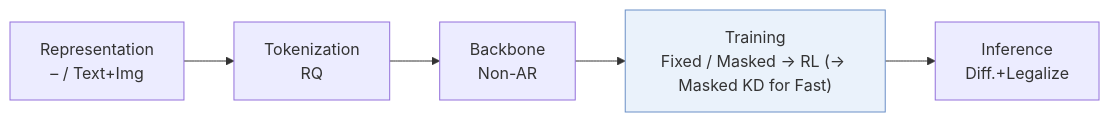
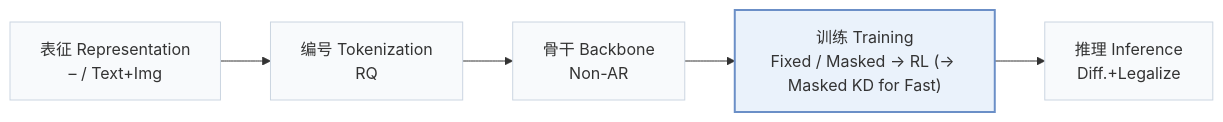
Before and after one commit to Galaxy-ghost/Awesome-SID-Generative-Rec: the first of 2 diagrams in pages/zh/papers/dpe-rec.md, drawn with Mermaid. The commit also changed other lines of this file and 649 other files, not shown here.

Commit message:
writer-05: also tags and modality index (schema, check, build, visuals); summary field removed; calibration data for 12 papers

````diff
--- a/pages/zh/papers/dpe-rec.md
+++ b/pages/zh/papers/dpe-rec.md
@@ -13,6 +15,8 @@
 ```mermaid
 flowchart LR
-    R["Representation<br/>– / Text+Img"] --> T["Tokenization<br/>RQ"] --> B["Backbone<br/>Non-AR"] --> TR["Training<br/>Fixed / Masked → RL (→ Masked KD for Fast)"] --> I["Inference<br/>Diff.+Legalize"]
-    classDef main fill:#eaf2fb,stroke:#6b8fc7
+    R["表征 Representation<br/>– / Text+Img"] --> T["编号 Tokenization<br/>RQ"] --> B["骨干 Backbone<br/>Non-AR"] --> TR["训练 Training<br/>Fixed / Masked → RL (→ Masked KD for Fast)"] --> I["推理 Inference<br/>Diff.+Legalize"]
+    classDef base fill:#f8fafc,stroke:#cbd5e1
+    class R,T,B,TR,I base
+    classDef main fill:#eaf2fb,stroke:#6b8fc7,stroke-width:2px
     class TR main
 ```
````
